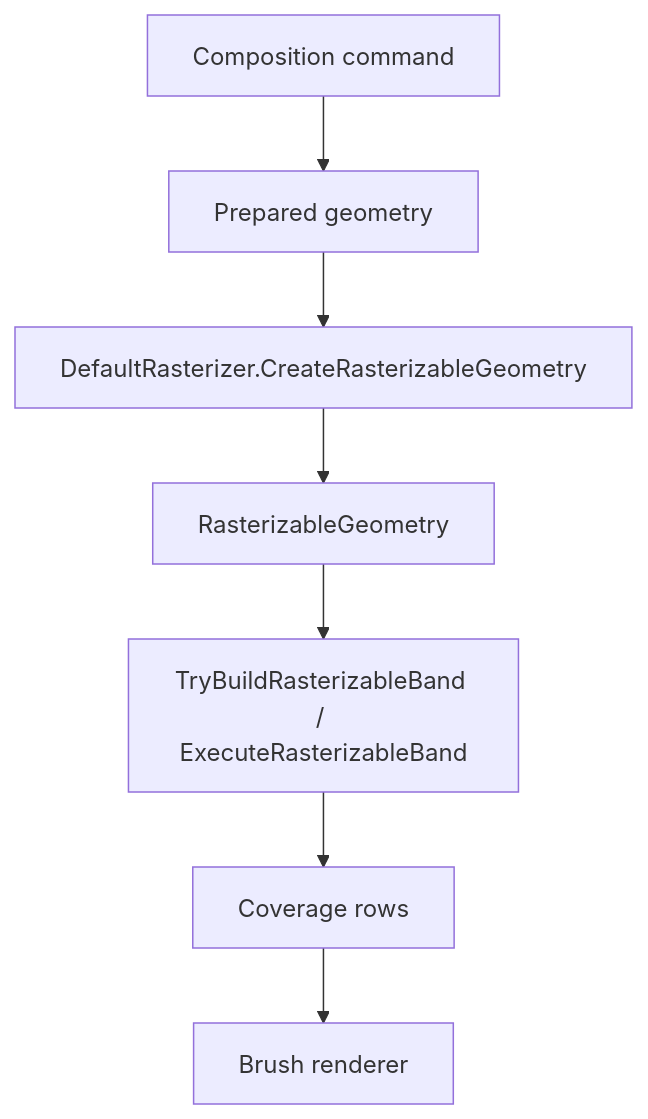
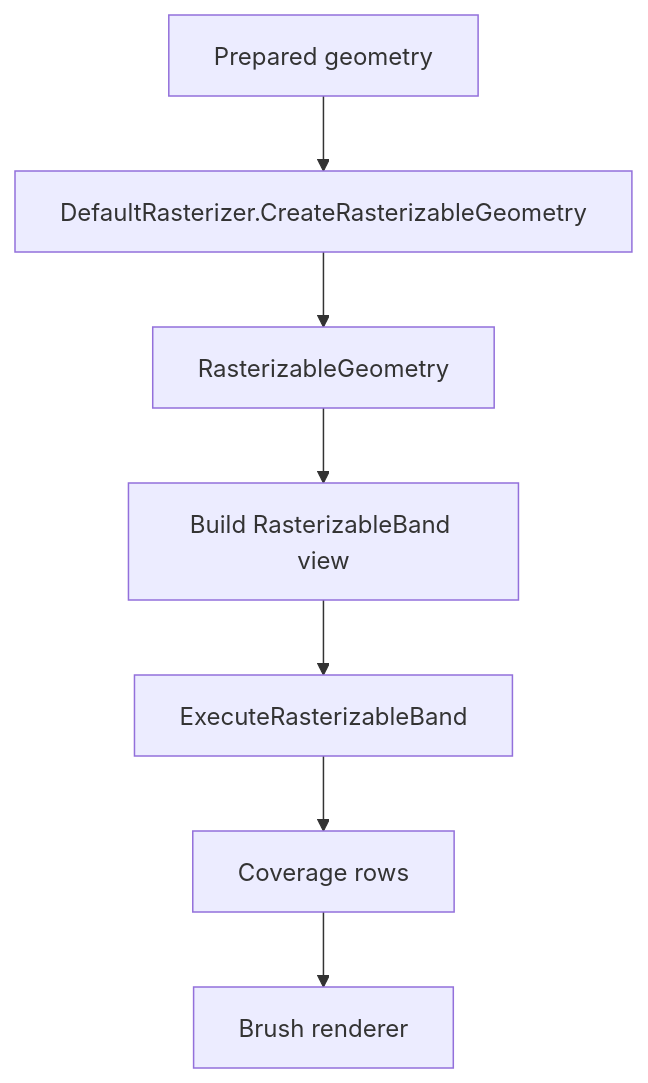
One commit to SixLabors/ImageSharp.Drawing changed the first of 6 diagrams in src/ImageSharp.Drawing/Processing/Backends/DEFAULT_RASTERIZER.MD. Above: the diagram before and after it, drawn with Mermaid. The commit also changed other lines of this file and 6 other files, not shown here.

````diff
--- a/src/ImageSharp.Drawing/Processing/Backends/DEFAULT_RASTERIZER.MD
+++ b/src/ImageSharp.Drawing/Processing/Backends/DEFAULT_RASTERIZER.MD
@@ -42,9 +134,9 @@
 ```mermaid
 flowchart TD
-    A[Composition command] --> B[Prepared geometry]
-    B --> C[DefaultRasterizer.CreateRasterizableGeometry]
-    C --> D[RasterizableGeometry]
-    D --> E[TryBuildRasterizableBand / ExecuteRasterizableBand]
+    A[Prepared geometry] --> B[DefaultRasterizer.CreateRasterizableGeometry]
+    B --> C[RasterizableGeometry]
+    C --> D[Build RasterizableBand view]
+    D --> E[ExecuteRasterizableBand]
     E --> F[Coverage rows]
     F --> G[Brush renderer]
 ```
````
